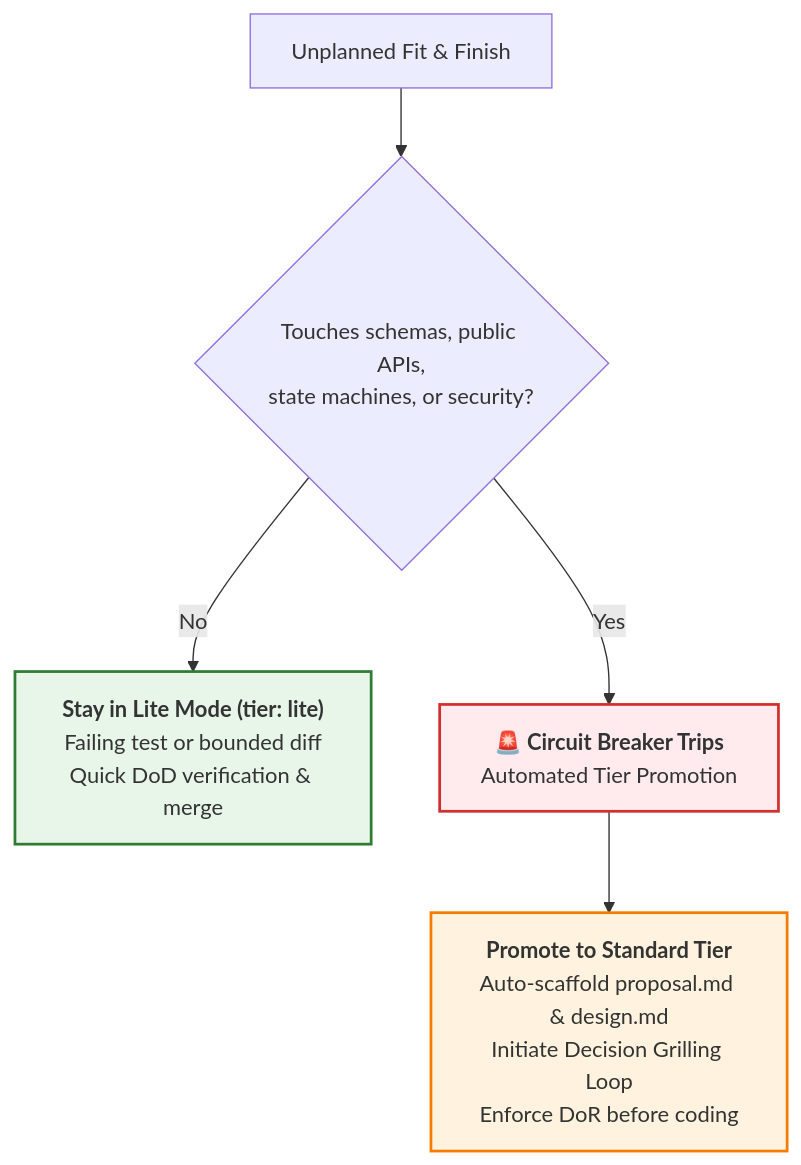
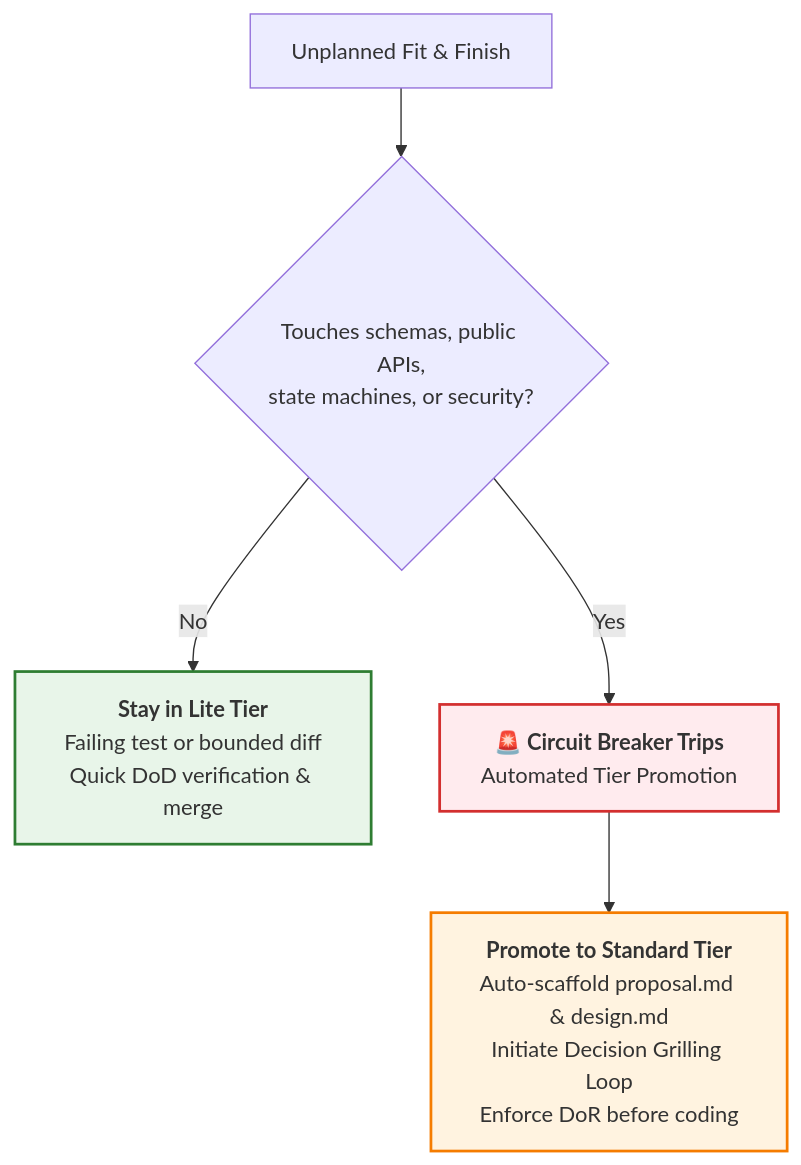
One commit to keolo/keolo-com changed the third of 3 diagrams in content/posts/planned-vs-unplanned-work-in-agentic-development.md. Above: the diagram before and after it, drawn with Mermaid. The commit also changed other lines of this file, not shown here.

Commit message:
docs(blog): refine entry point assumptions, adopt Lite Tier, and clean up redundant asides

````diff
--- a/content/posts/planned-vs-unplanned-work-in-agentic-development.md
+++ b/content/posts/planned-vs-unplanned-work-in-agentic-development.md
@@ -117,13 +117,13 @@
 ```mermaid
 flowchart TD
     Start["Unplanned Fit & Finish"] --> Check{"Touches schemas, public APIs,<br/>state machines, or security?"}
     
-    Check -- No --> LiteNode["<b>Stay in Lite Mode (tier: lite)</b><br/>Failing test or bounded diff<br/>Quick DoD verification & merge"]
+    Check -- No --> LiteNode["<b>Stay in Lite Tier</b><br/>Failing test or bounded diff<br/>Quick DoD verification & merge"]
     
     Check -- Yes --> Breaker["<b>🚨 Circuit Breaker Trips</b><br/>Automated Tier Promotion"]
     Breaker --> Escalate["<b>Promote to Standard Tier</b><br/>Auto-scaffold proposal.md & design.md<br/>Initiate Decision Grilling Loop<br/>Enforce DoR before coding"]
     
     style Breaker fill:#ffebee,stroke:#d32f2f,stroke-width:2px
     style Escalate fill:#fff3e0,stroke:#f57c00,stroke-width:2px
     style LiteNode fill:#e8f5e9,stroke:#2e7d32,stroke-width:2px
 ```
````
